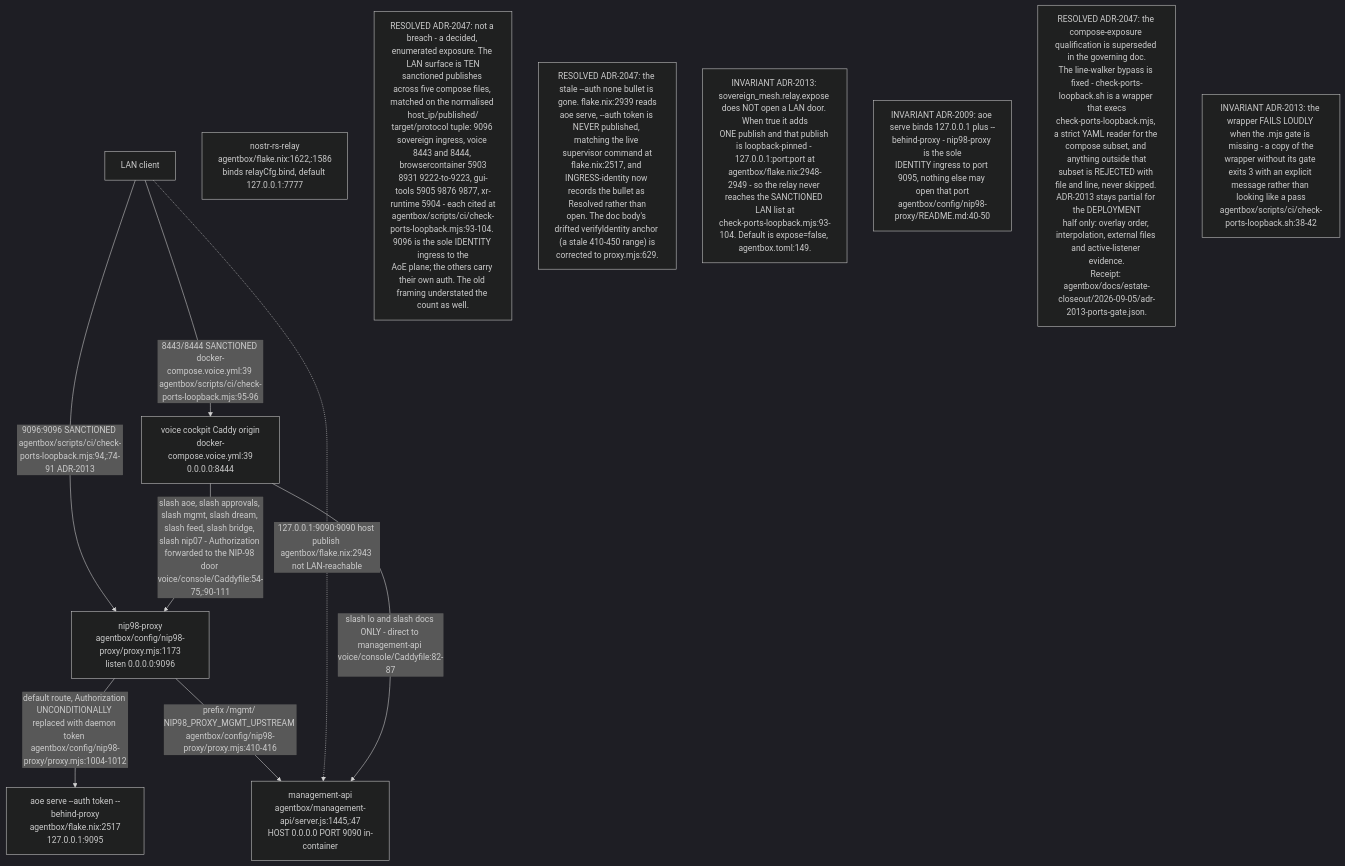
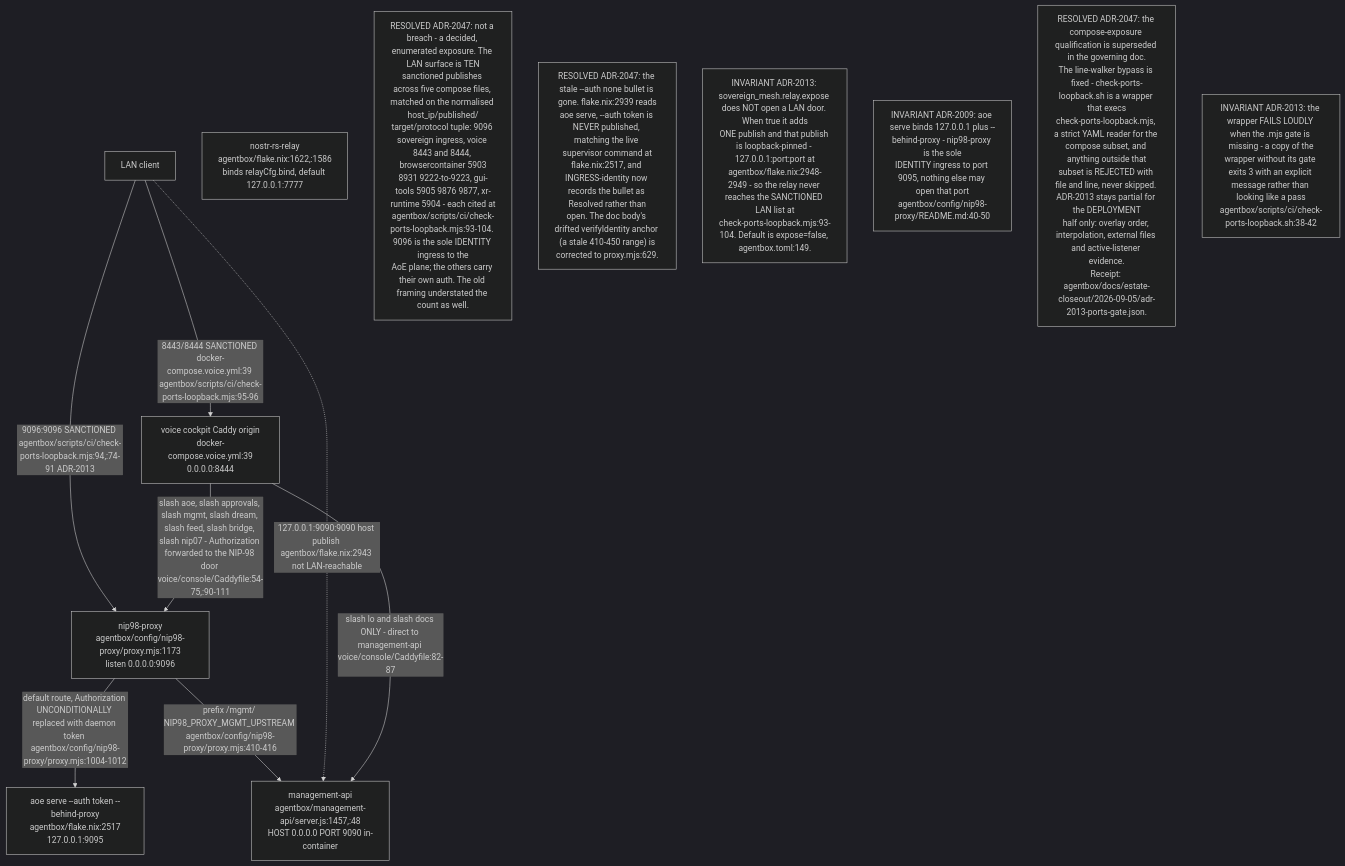
One commit to DreamLab-AI/VisionFlow changed the first of 13 diagrams in docs/diagrams/agentbox/10-ingress-nip98-proxy-and-aoe.md. Above: the diagram before and after it, drawn with Mermaid (dark theme). The commit also changed other lines of this file and 17 other files, not shown here.

````diff
--- a/docs/diagrams/agentbox/10-ingress-nip98-proxy-and-aoe.md
+++ b/docs/diagrams/agentbox/10-ingress-nip98-proxy-and-aoe.md
@@ -38,24 +38,24 @@
 ```mermaid
 flowchart TB
     LAN["LAN client"]
     P9096["nip98-proxy<br/>agentbox/config/nip98-proxy/proxy.mjs:1173<br/>listen 0.0.0.0:9096"]
     AOE9095["aoe serve --auth token --behind-proxy<br/>agentbox/flake.nix:2517<br/>127.0.0.1:9095"]
-    MGMT9090["management-api<br/>agentbox/management-api/server.js:1445,:47<br/>HOST 0.0.0.0 PORT 9090 in-container"]
+    MGMT9090["management-api<br/>agentbox/management-api/server.js:1457,:48<br/>HOST 0.0.0.0 PORT 9090 in-container"]
     RELAY7777["nostr-rs-relay<br/>agentbox/flake.nix:1622,:1586<br/>binds relayCfg.bind, default 127.0.0.1:7777"]
     VOICE8444["voice cockpit Caddy origin<br/>docker-compose.voice.yml:39<br/>0.0.0.0:8444"]
 
     LAN -->|"9096:9096 SANCTIONED agentbox/scripts/ci/check-ports-loopback.mjs:94,:74-91 ADR-2013"| P9096
     P9096 -->|"default route, Authorization UNCONDITIONALLY replaced with daemon token agentbox/config/nip98-proxy/proxy.mjs:1004-1012"| AOE9095
     P9096 -->|"prefix /mgmt/ NIP98_PROXY_MGMT_UPSTREAM agentbox/config/nip98-proxy/proxy.mjs:410-416"| MGMT9090
     LAN -.->|"127.0.0.1:9090:9090 host publish agentbox/flake.nix:2943 not LAN-reachable"| MGMT9090
     LAN -->|"8443/8444 SANCTIONED docker-compose.voice.yml:39 agentbox/scripts/ci/check-ports-loopback.mjs:95-96"| VOICE8444
     VOICE8444 -->|"slash lo and slash docs ONLY - direct to management-api voice/console/Caddyfile:82-87"| MGMT9090
     VOICE8444 -->|"slash aoe, slash approvals, slash mgmt, slash dream, slash feed, slash bridge, slash nip07 - Authorization forwarded to the NIP-98 door voice/console/Caddyfile:54-75,:90-111"| P9096
 
 N1["RESOLVED ADR-2047: not a breach - a decided, enumerated exposure. The LAN surface is TEN<br/>sanctioned publishes across five compose files, matched on the normalised host_ip/published/<br/>target/protocol tuple: 9096 sovereign ingress, voice 8443 and 8444, browsercontainer 5903<br/>8931 9222-to-9223, gui-tools 5905 9876 9877, xr-runtime 5904 - each cited at<br/>agentbox/scripts/ci/check-ports-loopback.mjs:93-104. 9096 is the sole IDENTITY ingress to the<br/>AoE plane; the others carry their own auth. The old framing understated the count as well."]
 N2["RESOLVED ADR-2047: the stale --auth none bullet is gone. flake.nix:2939 reads<br/>aoe serve, --auth token is NEVER published, matching the live supervisor command at<br/>flake.nix:2517, and INGRESS-identity now records the bullet as Resolved rather than<br/>open. The doc body's drifted verifyIdentity anchor (a stale 410-450 range) is<br/>corrected to proxy.mjs:629."]
 N6["INVARIANT ADR-2013: sovereign_mesh.relay.expose does NOT open a LAN door. When true it adds<br/>ONE publish and that publish is loopback-pinned - 127.0.0.1:port:port at<br/>agentbox/flake.nix:2948-2949 - so the relay never reaches the SANCTIONED LAN list at<br/>check-ports-loopback.mjs:93-104. Default is expose=false, agentbox.toml:149."]
 N3["INVARIANT ADR-2009: aoe serve binds 127.0.0.1 plus --behind-proxy - nip98-proxy is the sole<br/>IDENTITY ingress to port 9095, nothing else may open that port<br/>agentbox/config/nip98-proxy/README.md:40-50"]
 N4["RESOLVED ADR-2047: the compose-exposure qualification is superseded in the governing doc.<br/>The line-walker bypass is fixed - check-ports-loopback.sh is a wrapper that execs<br/>check-ports-loopback.mjs, a strict YAML reader for the compose subset, and anything outside that<br/>subset is REJECTED with file and line, never skipped. ADR-2013 stays partial for the DEPLOYMENT<br/>half only: overlay order, interpolation, external files and active-listener evidence.<br/>Receipt: agentbox/docs/estate-closeout/2026-09-05/adr-2013-ports-gate.json."]
 N5["INVARIANT ADR-2013: the wrapper FAILS LOUDLY when the .mjs gate is missing - a copy of the<br/>wrapper without its gate exits 3 with an explicit message rather than looking like a pass<br/>agentbox/scripts/ci/check-ports-loopback.sh:38-42"]
 ```
````
